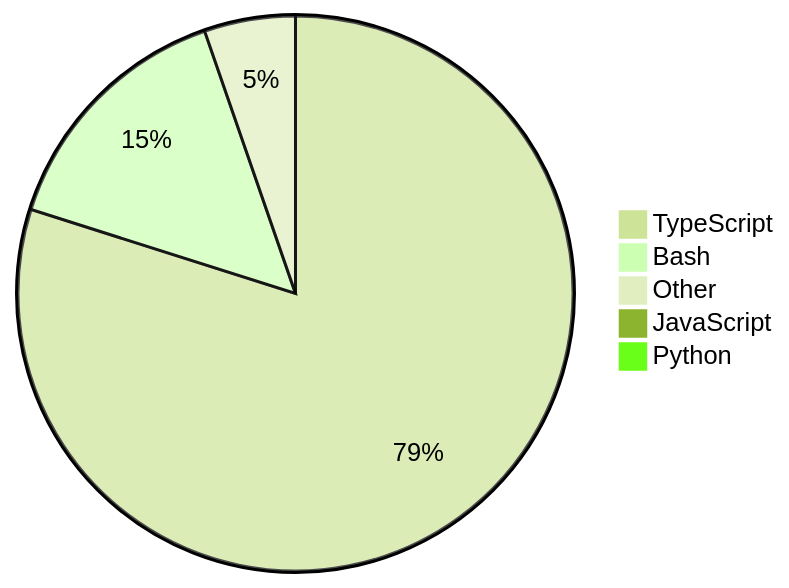
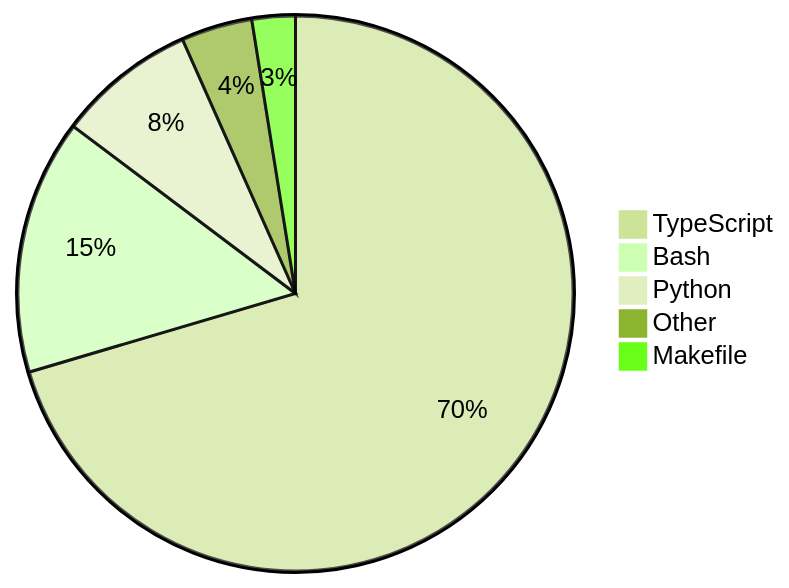
One commit to skvggor/skvggor changed the diagram in README.md. Above: the diagram before and after it, drawn with Mermaid (forest theme).

Commit message:
Updated waka-readme graph with new metrics

````diff
--- a/README.md
+++ b/README.md
@@ -14,8 +14,8 @@
 ```mermaid
 pie
-    "TypeScript" : 78.3
-    "Bash" : 14.5
-    "Other" : 5.2
-    "JavaScript" : 0.9
-    "Python" : 0.8
+    "TypeScript" : 69.8
+    "Bash" : 14.7
+    "Python" : 8.0
+    "Other" : 4.1
+    "Makefile" : 2.5
 ```
````
